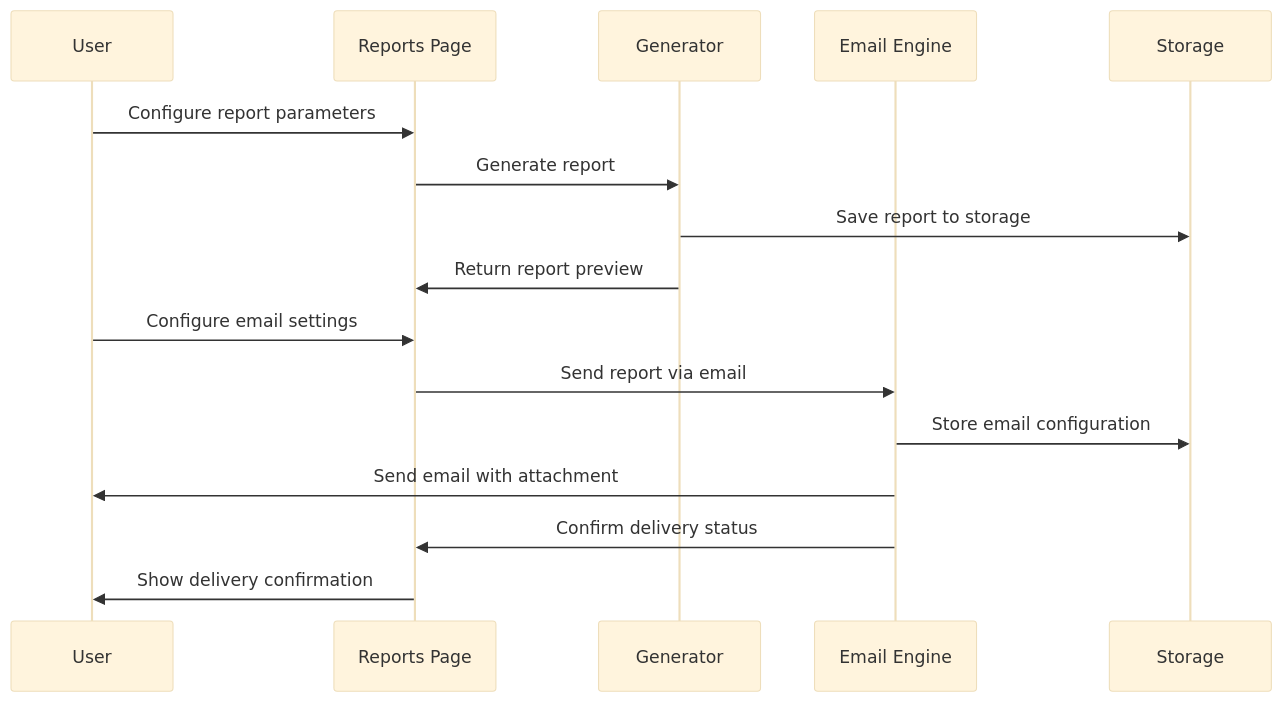
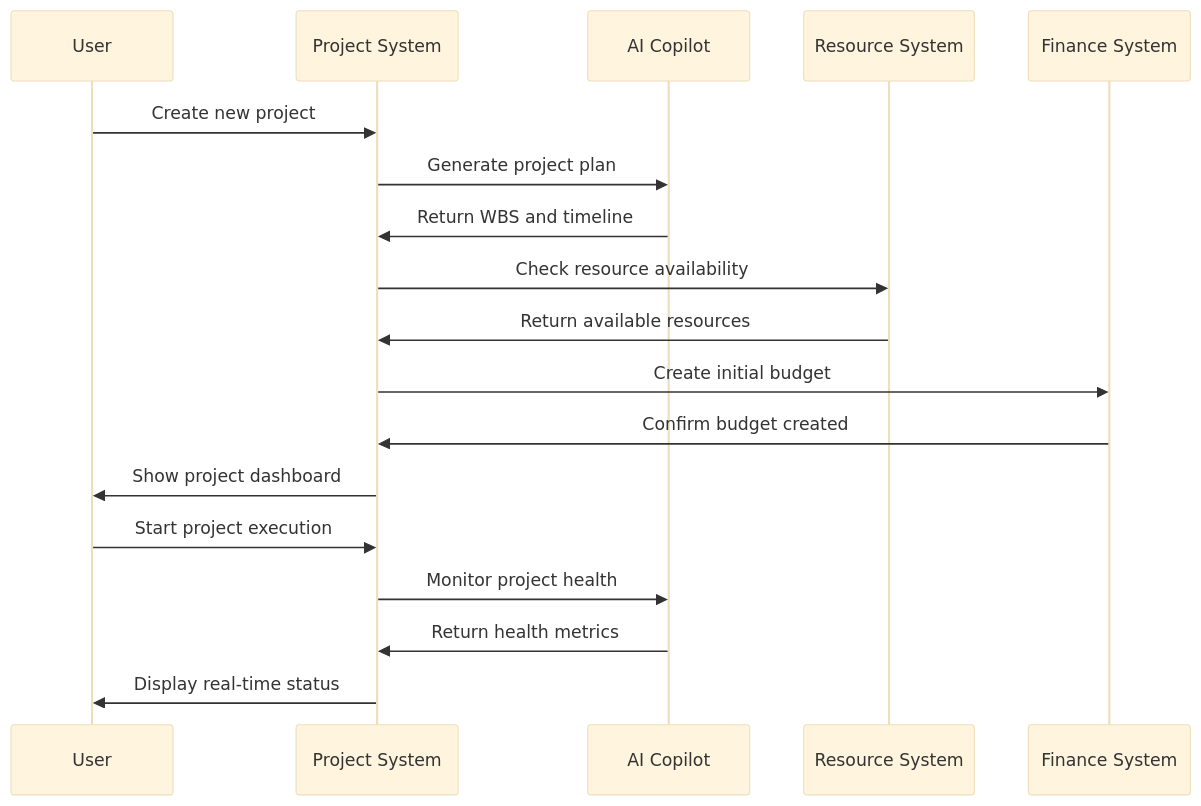
Before and after one commit to ashishrb/lam-poc-project-automation: the second of 4 diagrams in HIGH_LEVEL_DESIGN.md, drawn with Mermaid (base theme). The commit also changed other lines of this file, not shown here.

````diff
--- a/HIGH_LEVEL_DESIGN.md
+++ b/HIGH_LEVEL_DESIGN.md
@@ -170,19 +377,21 @@
 ```mermaid
 sequenceDiagram
     participant U as User
-    participant R as Reports Page
-    participant G as Generator
-    participant E as Email Engine
-    participant S as Storage
+    participant P as Project System
+    participant AI as AI Copilot
+    participant R as Resource System
+    participant F as Finance System
 
-    U->>R: Configure report parameters
-    R->>G: Generate report
-    G->>S: Save report to storage
-    G->>R: Return report preview
-    U->>R: Configure email settings
-    R->>E: Send report via email
-    E->>S: Store email configuration
-    E->>U: Send email with attachment
-    E->>R: Confirm delivery status
-    R->>U: Show delivery confirmation
+    U->>P: Create new project
+    P->>AI: Generate project plan
+    AI->>P: Return WBS and timeline
+    P->>R: Check resource availability
+    R->>P: Return available resources
+    P->>F: Create initial budget
+    F->>P: Confirm budget created
+    P->>U: Show project dashboard
+    U->>P: Start project execution
+    P->>AI: Monitor project health
+    AI->>P: Return health metrics
+    P->>U: Display real-time status
 ```
````
